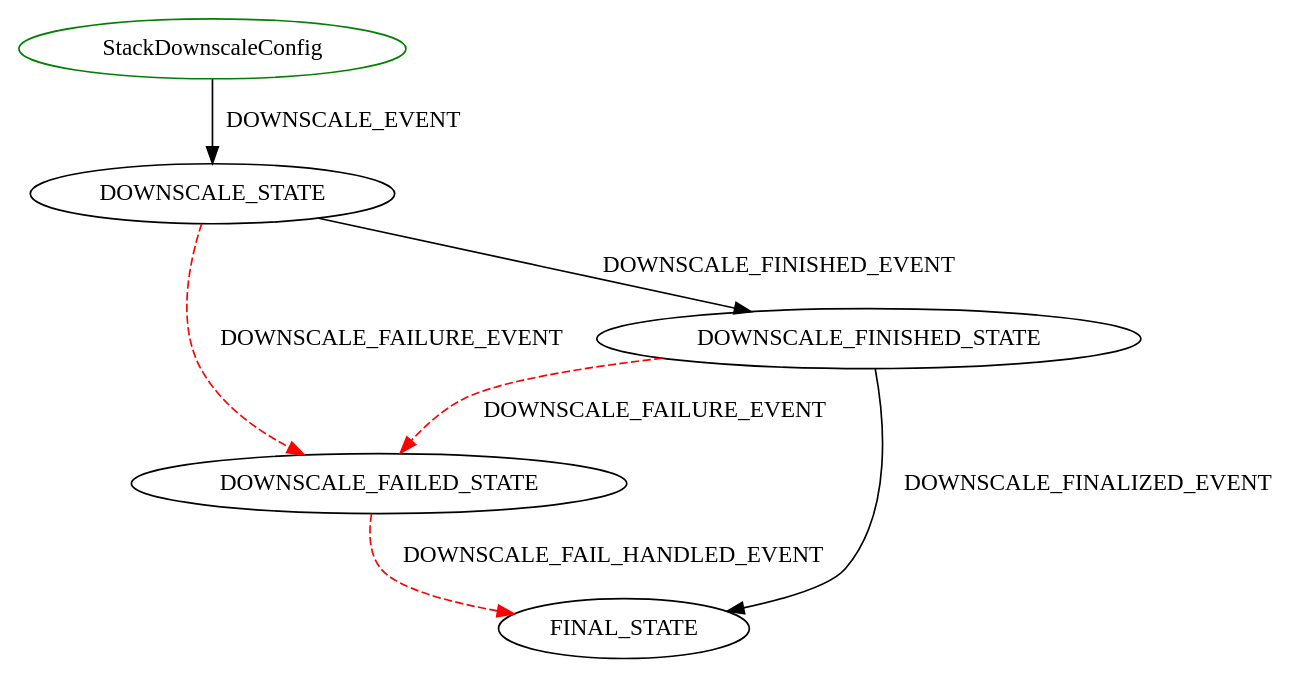
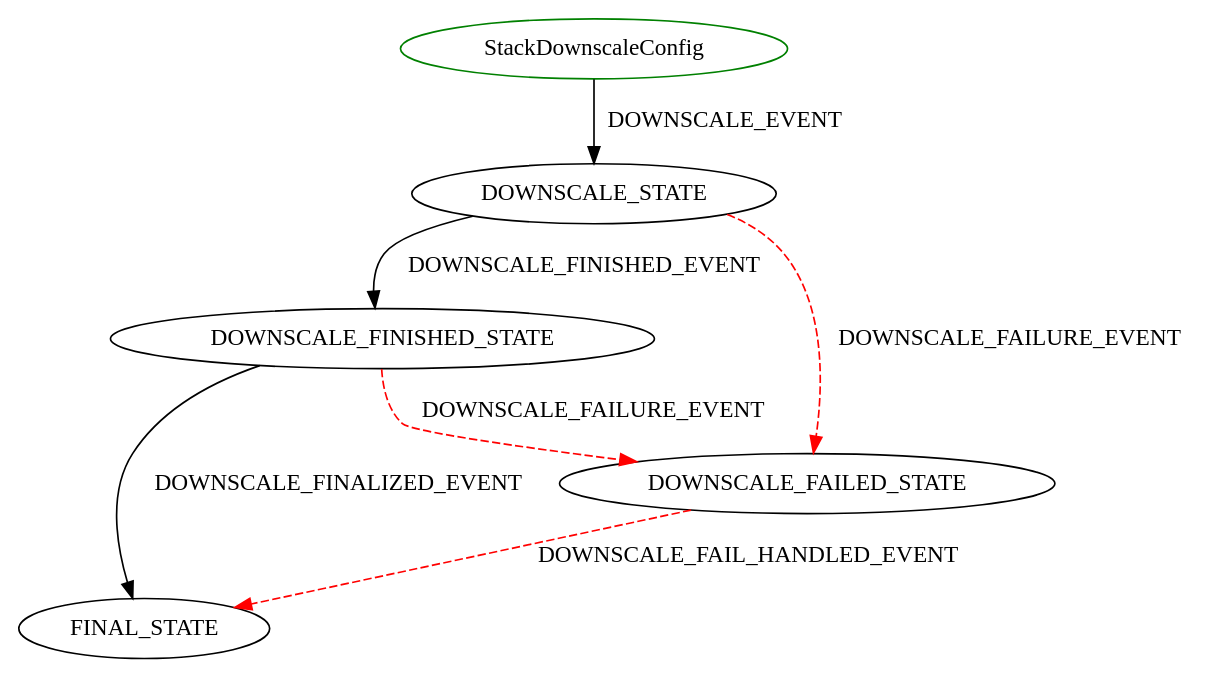
Before and after one commit to wprender/cloudbreak-docs: the diagram in docs/diagrams/StackDownscaleConfig.dot, drawn with Graphviz. The commit also changed other lines of this file and 10 other files, not shown here.

Commit message:
CLOUD-50456 Stack upscale/downscale with new flow engine, upscale

```diff
--- a/docs/diagrams/StackDownscaleConfig.dot
+++ b/docs/diagrams/StackDownscaleConfig.dot
@@ -1,9 +1,9 @@
 digraph {
 INIT_STATE [label="StackDownscaleConfig" shape=ellipse color=green];
 INIT_STATE -> DOWNSCALE_STATE [label="DOWNSCALE_EVENT" color=black style=solid];
+DOWNSCALE_STATE -> DOWNSCALE_FINISHED_STATE [label="DOWNSCALE_FINISHED_EVENT" color=black style=solid];
 DOWNSCALE_STATE -> DOWNSCALE_FAILED_STATE [label="DOWNSCALE_FAILURE_EVENT" color=red style=dashed];
 DOWNSCALE_FAILED_STATE -> FINAL_STATE [label="DOWNSCALE_FAIL_HANDLED_EVENT" color=red style=dashed];
-DOWNSCALE_STATE -> DOWNSCALE_FINISHED_STATE [label="DOWNSCALE_FINISHED_EVENT" color=black style=solid];
+DOWNSCALE_FINISHED_STATE -> FINAL_STATE [label="DOWNSCALE_FINALIZED_EVENT" color=black style=solid];
 DOWNSCALE_FINISHED_STATE -> DOWNSCALE_FAILED_STATE [label="DOWNSCALE_FAILURE_EVENT" color=red style=dashed];
-DOWNSCALE_FINISHED_STATE -> FINAL_STATE [label="DOWNSCALE_FINALIZED_EVENT" color=black style=solid];
 }
```
